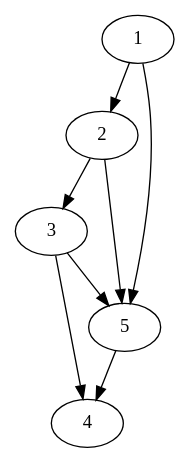
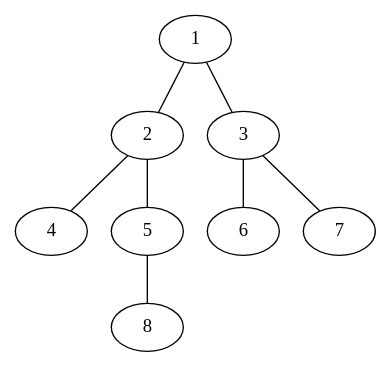
One commit to thiagodnf/algoritmos-para-grafos-em-c-plus-plus changed the diagram in out/example.dot. Above: the diagram before and after it, drawn with Graphviz. The commit also changed 4 other files, not shown here.

```diff
--- a/out/example.dot
+++ b/out/example.dot
@@ -1,16 +1,16 @@
 digraph{
-	1;2;3;4;5;
+	1;2;3;4;5;6;7;8;
 	subgraph dig {
 		edge [dir=none, color=black]
+1->2;
+1->3;
+2->4;
+2->5;
+3->6;
+3->7;
+5->8;
 	}
 
 	subgraph g {
-	1->2;
-1->5;
-2->3;
-2->5;
-3->4;
-3->5;
-5->4;
-	}
+		}
 }
```
